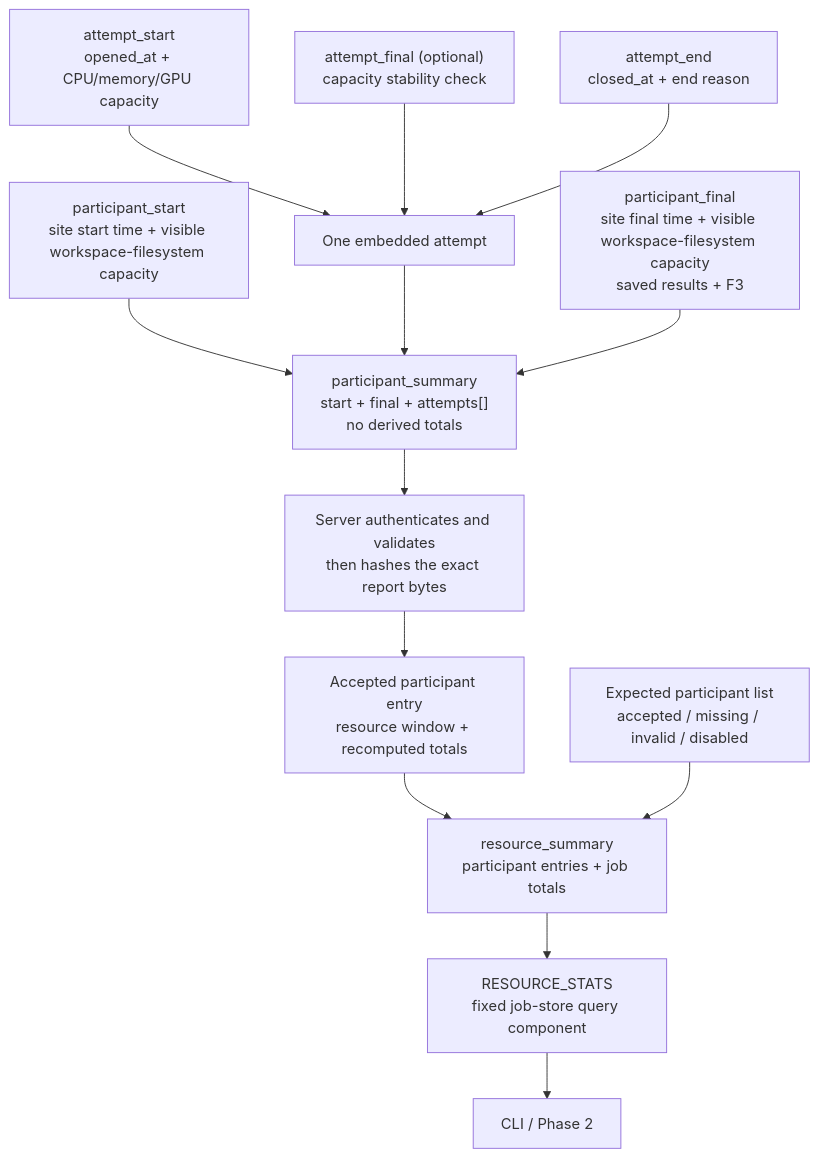
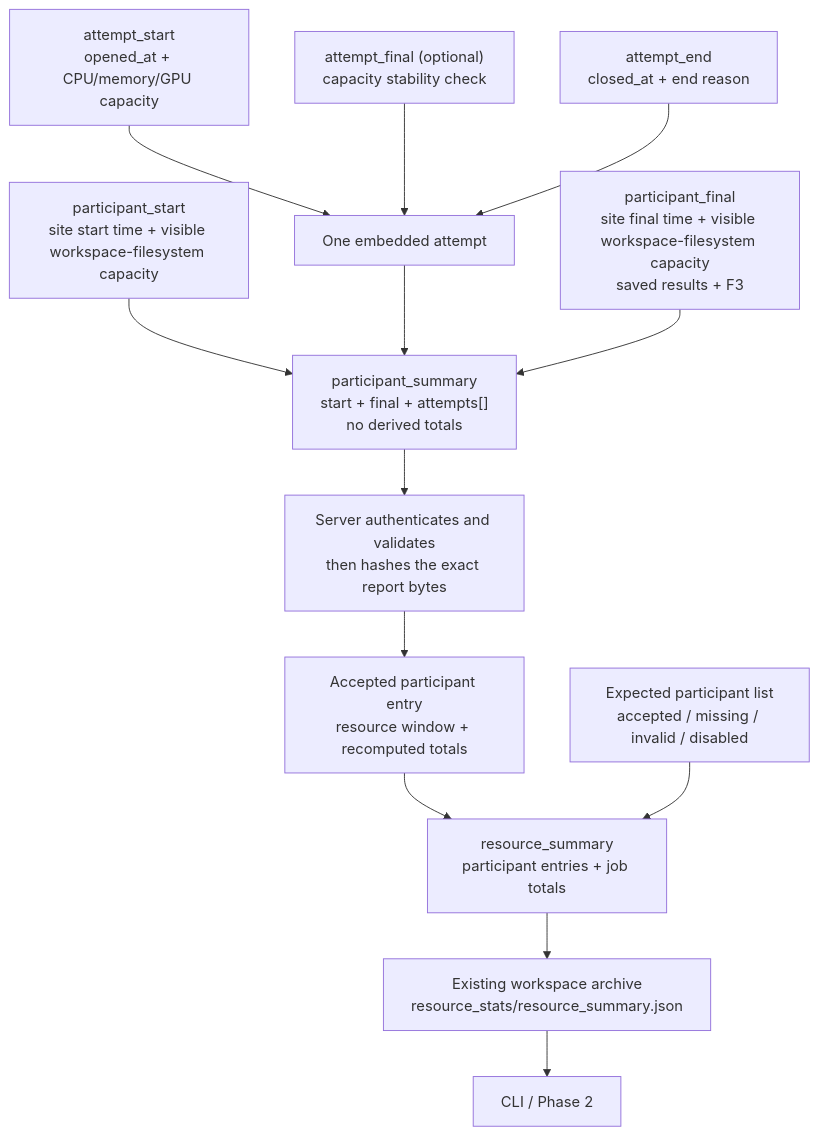
Before and after one commit to nvkevlu/NVFlare: the diagram in research/runtime_resource_proxy_prototype/ROLLUP_FLOW.md, drawn with Mermaid. The commit also changed other lines of this file and 24 other files, not shown here.

Commit message:
remove RESOURCE_STATS and implement flow explicitly

````diff
--- a/research/runtime_resource_proxy_prototype/ROLLUP_FLOW.md
+++ b/research/runtime_resource_proxy_prototype/ROLLUP_FLOW.md
@@ -9,30 +9,30 @@
 ```mermaid
 flowchart TD
     PS["participant_start<br/>site start time + visible workspace-filesystem capacity"]
     AS["attempt_start<br/>opened_at + CPU/memory/GPU capacity"]
     AF["attempt_final (optional)<br/>capacity stability check"]
     AE["attempt_end<br/>closed_at + end reason"]
     PF["participant_final<br/>site final time + visible workspace-filesystem capacity<br/>saved results + F3"]
 
     A["One embedded attempt"]
     P["participant_summary<br/>start + final + attempts[]<br/>no derived totals"]
     V["Server authenticates and validates<br/>then hashes the exact report bytes"]
     E["Accepted participant entry<br/>resource window + recomputed totals"]
     L["Expected participant list<br/>accepted / missing / invalid / disabled"]
     R["resource_summary<br/>participant entries + job totals"]
-    Q["RESOURCE_STATS<br/>fixed job-store query component"]
+    Q["Existing workspace archive<br/>resource_stats/resource_summary.json"]
     C["CLI / Phase 2"]
 
     AS --> A
     AF --> A
     AE --> A
     PS --> P
     A --> P
     PF --> P
     P --> V
     V --> E
     E --> R
     L --> R
     R --> Q
     Q --> C
 ```
````
